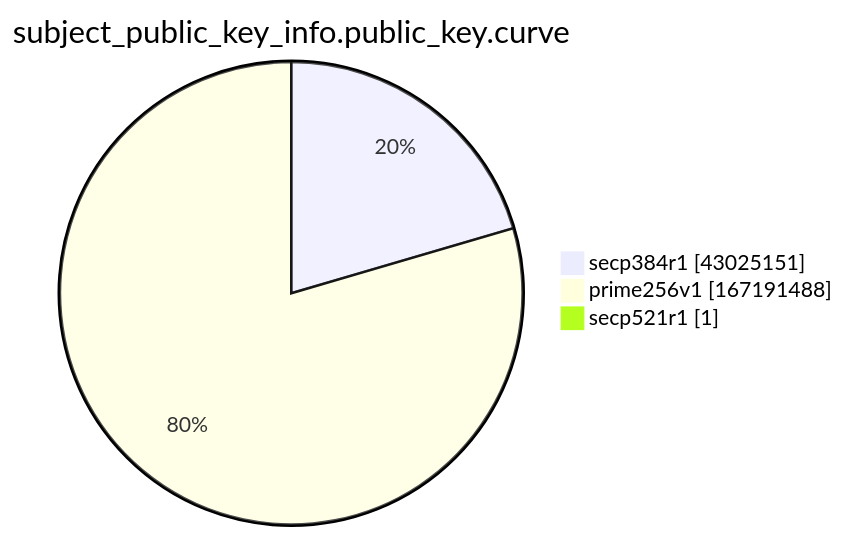
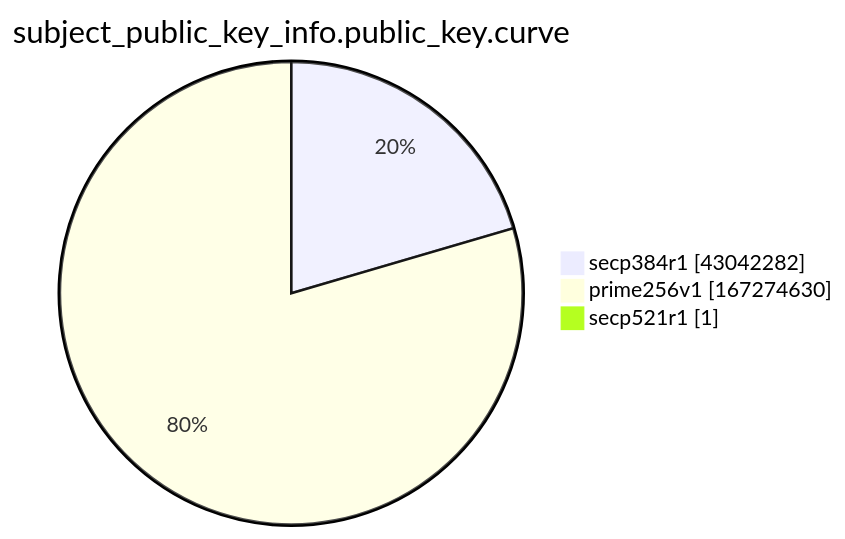
Before and after one commit to christiankrug/ctmonitor_visualization: the ninth of 15 diagrams in xenon2022/README.md, drawn with Mermaid. The commit also changed other lines of this file, not shown here.

````diff
--- a/xenon2022/README.md
+++ b/xenon2022/README.md
@@ -2869,7 +2869,7 @@
 ```mermaid
 pie showData
 title subject_public_key_info.public_key.curve
-"secp384r1" :43025151
-"prime256v1" :167191488
+"secp384r1" :43042282
+"prime256v1" :167274630
 "secp521r1" :1
 ```
````
